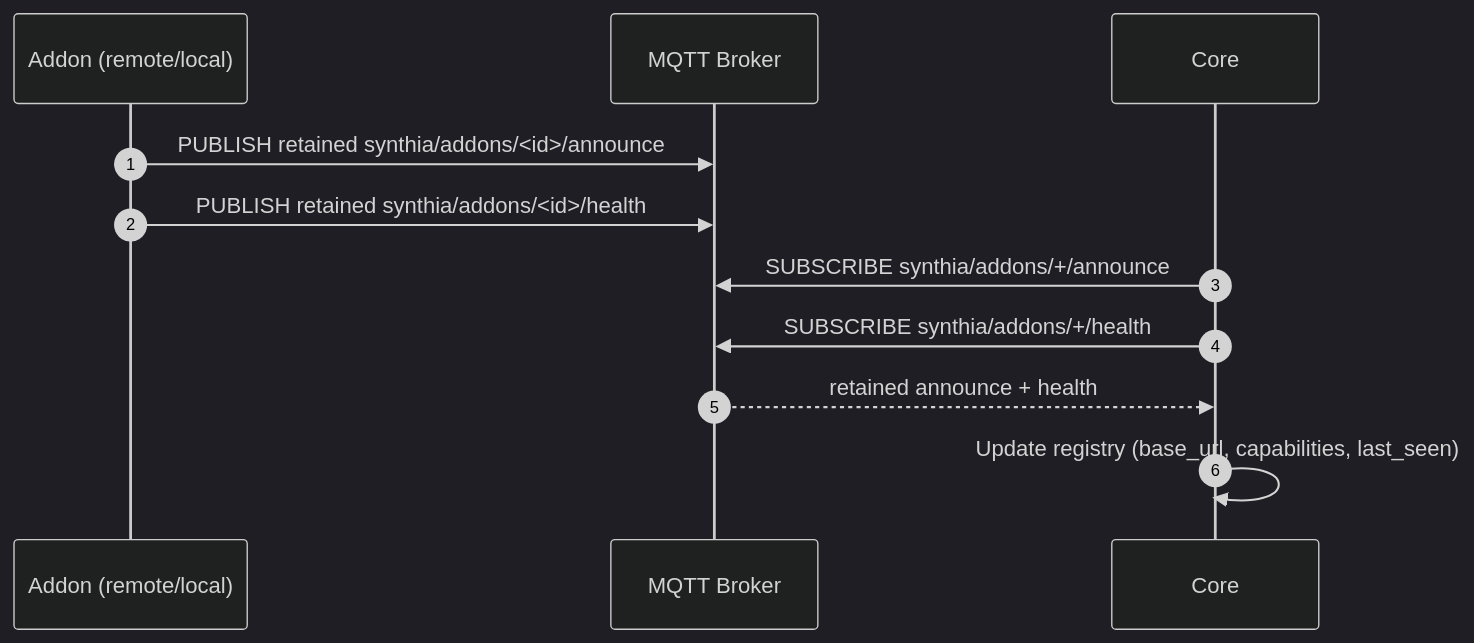
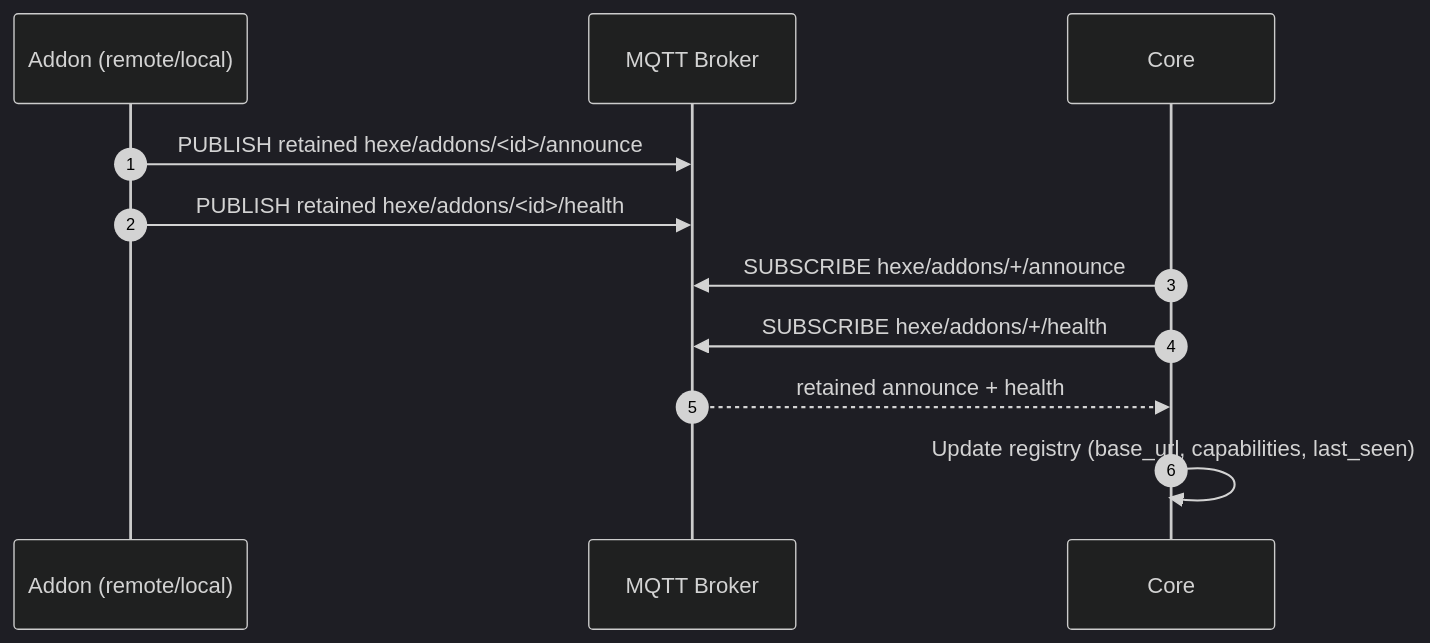
One commit to danhajduk/HexeCore changed the second of 8 diagrams in core/docs/standards/distributed-addon-sequence-diagrams-v0-1.md. Above: the diagram before and after it, drawn with Mermaid (dark theme). The commit also changed other lines of this file and 64 other files, not shown here.

````diff
--- a/core/docs/standards/distributed-addon-sequence-diagrams-v0-1.md
+++ b/core/docs/standards/distributed-addon-sequence-diagrams-v0-1.md
@@ -40,14 +40,14 @@
 ```mermaid
 sequenceDiagram
   autonumber
   participant A as Addon (remote/local)
   participant M as MQTT Broker
   participant C as Core
 
-  A->>M: PUBLISH retained synthia/addons/<id>/announce
-  A->>M: PUBLISH retained synthia/addons/<id>/health
-  C->>M: SUBSCRIBE synthia/addons/+/announce
-  C->>M: SUBSCRIBE synthia/addons/+/health
+  A->>M: PUBLISH retained hexe/addons/<id>/announce
+  A->>M: PUBLISH retained hexe/addons/<id>/health
+  C->>M: SUBSCRIBE hexe/addons/+/announce
+  C->>M: SUBSCRIBE hexe/addons/+/health
   M-->>C: retained announce + health
   C->>C: Update registry (base_url, capabilities, last_seen)
 ```
````
